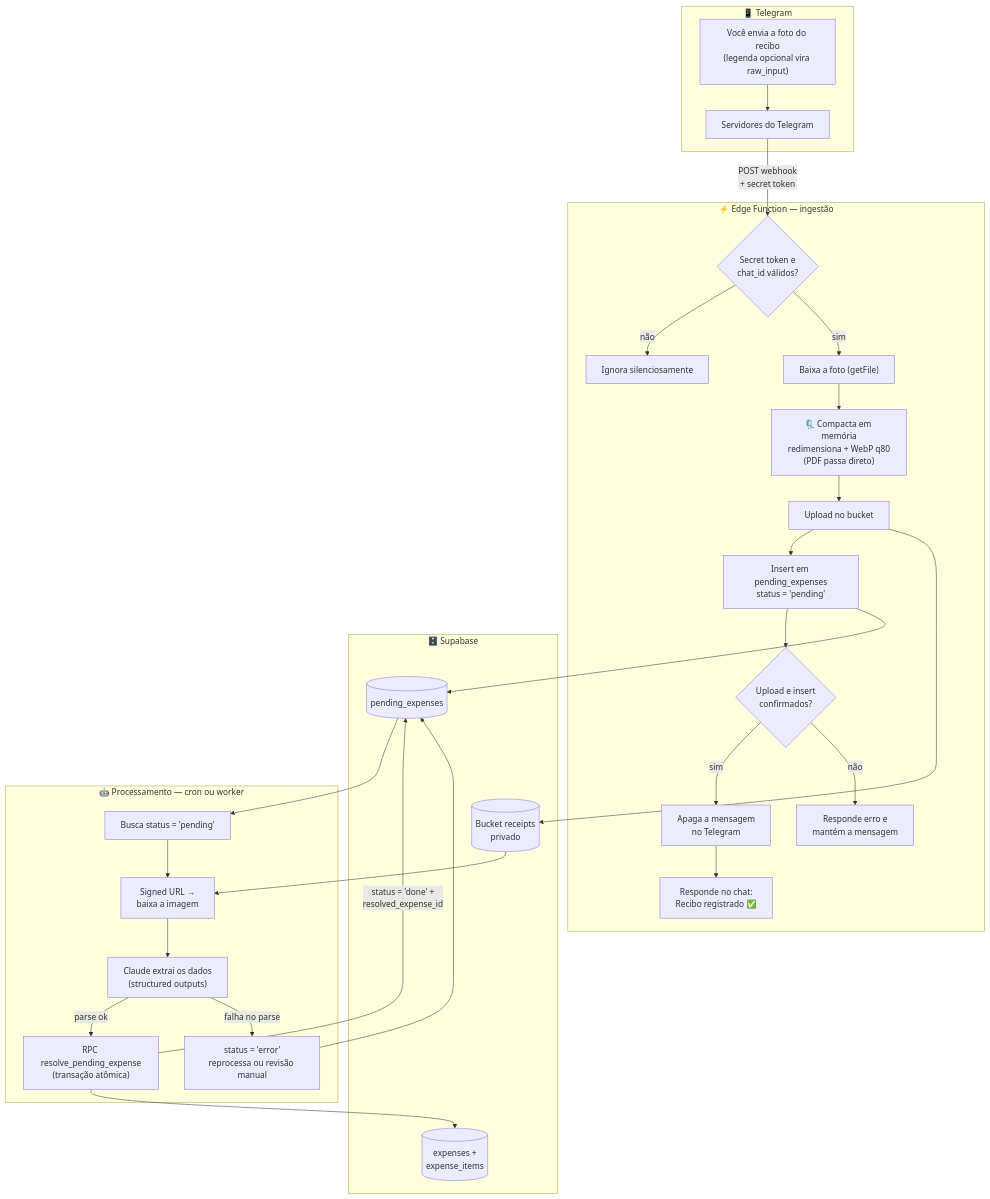
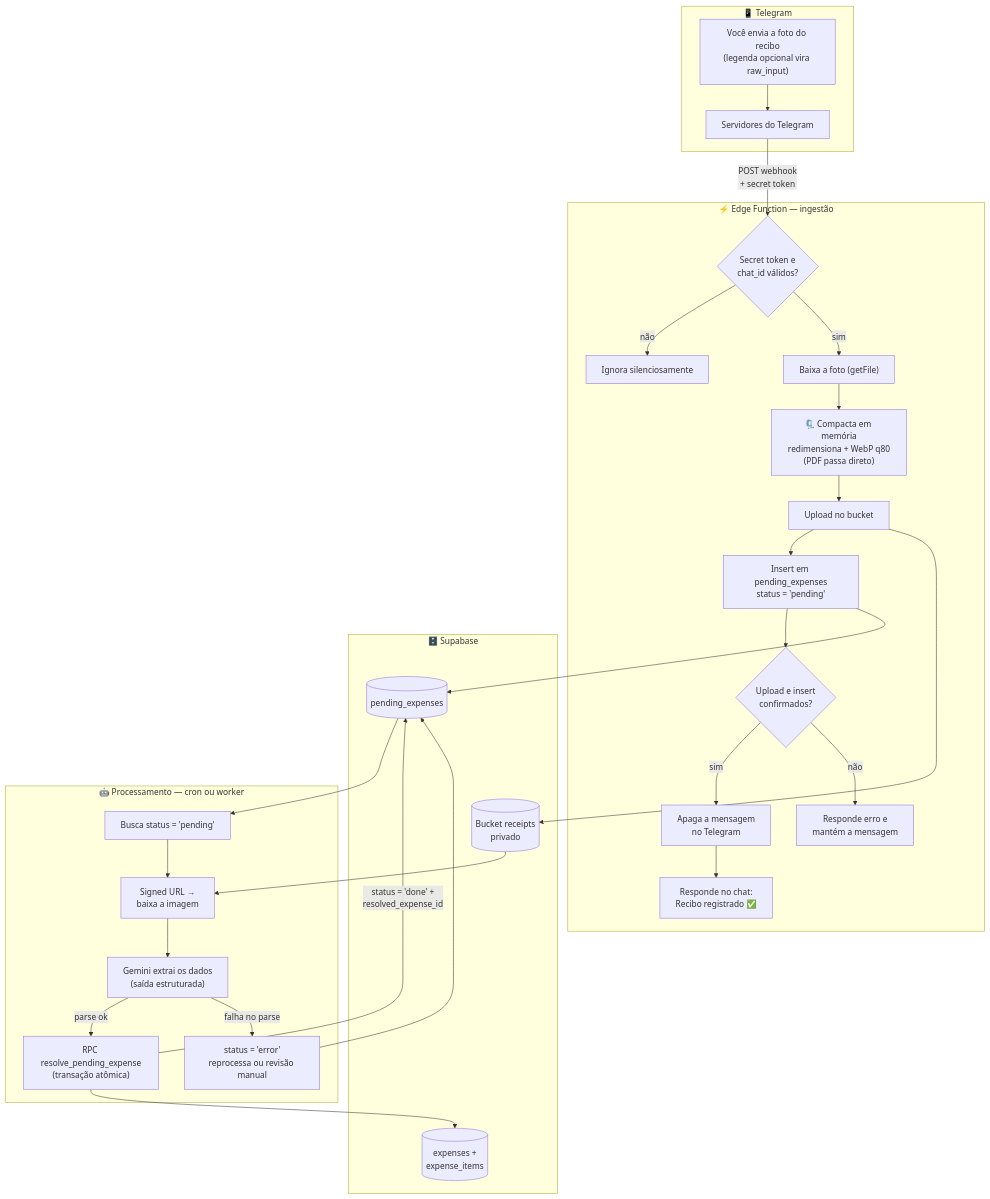
The second of 2 diagrams in docs/pipeline-ia-recibos.md (Seixu-Arapy/moneta), drawn with Mermaid before and after one commit. The commit also changed other lines of this file, not shown here.

First line of the commit message:
Switch AI processing stage to Gemini free tier in pipeline doc

````diff
--- a/docs/pipeline-ia-recibos.md
+++ b/docs/pipeline-ia-recibos.md
@@ -229,42 +222,42 @@
 ```mermaid
 flowchart TD
     subgraph TG["📱 Telegram"]
         A["Você envia a foto do recibo<br/>(legenda opcional vira raw_input)"] --> B["Servidores do Telegram"]
     end
 
     B -->|"POST webhook<br/>+ secret token"| C
 
     subgraph EF["⚡ Edge Function — ingestão"]
         C{"Secret token e<br/>chat_id válidos?"} -->|"não"| X["Ignora silenciosamente"]
         C -->|"sim"| D["Baixa a foto (getFile)"]
         D --> E["🗜️ Compacta em memória<br/>redimensiona + WebP q80<br/>(PDF passa direto)"]
         E --> F["Upload no bucket"]
         F --> G["Insert em pending_expenses<br/>status = 'pending'"]
         G --> H{"Upload e insert<br/>confirmados?"}
         H -->|"sim"| I["Apaga a mensagem<br/>no Telegram"]
         I --> J["Responde no chat:<br/>Recibo registrado ✅"]
         H -->|"não"| K["Responde erro e<br/>mantém a mensagem"]
     end
 
     subgraph SB["🗄️ Supabase"]
         L[("Bucket receipts<br/>privado")]
         M[("pending_expenses")]
         N[("expenses +<br/>expense_items")]
     end
 
     F --> L
     G --> M
 
     subgraph PR["🤖 Processamento — cron ou worker"]
         O["Busca status = 'pending'"] --> P["Signed URL →<br/>baixa a imagem"]
-        P --> Q["Claude extrai os dados<br/>(structured outputs)"]
+        P --> Q["Gemini extrai os dados<br/>(saída estruturada)"]
         Q -->|"parse ok"| R["RPC resolve_pending_expense<br/>(transação atômica)"]
         Q -->|"falha no parse"| S["status = 'error'<br/>reprocessa ou revisão manual"]
     end
 
     M --> O
     L --> P
     R --> N
     R -->|"status = 'done' +<br/>resolved_expense_id"| M
     S --> M
 ```
````
